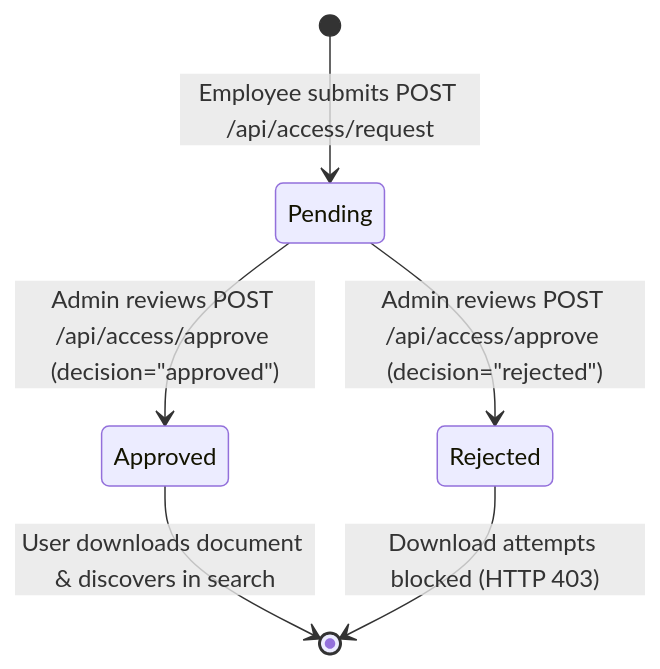
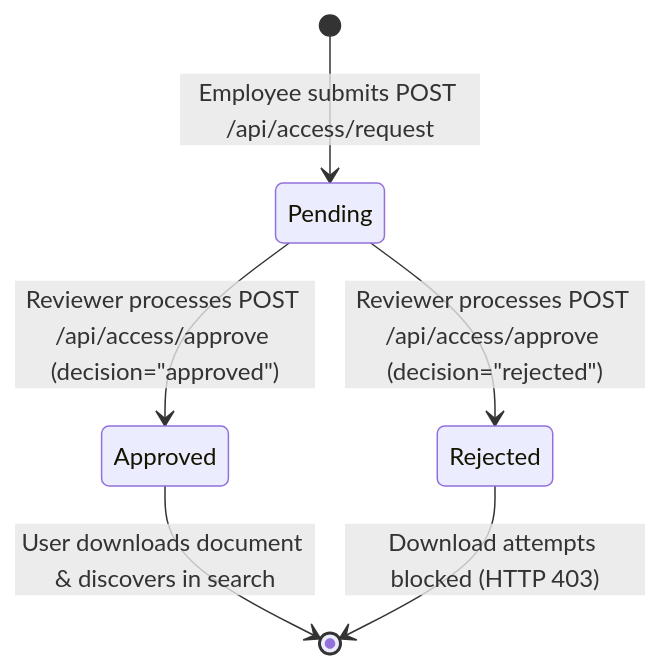
The third of 3 diagrams in README.md (NausheenPatan07/DocuSphere), drawn with Mermaid before and after one commit. The commit also changed other lines of this file and 10 other files, not shown here.

````diff
--- a/README.md
+++ b/README.md
@@ -398,8 +465,8 @@
 ```mermaid
 stateDiagram-v2
     [*] --> Pending: Employee submits POST /api/access/request
-    Pending --> Approved: Admin reviews POST /api/access/approve (decision="approved")
-    Pending --> Rejected: Admin reviews POST /api/access/approve (decision="rejected")
+    Pending --> Approved: Reviewer processes POST /api/access/approve (decision="approved")
+    Pending --> Rejected: Reviewer processes POST /api/access/approve (decision="rejected")
     Approved --> [*]: User downloads document & discovers in search
     Rejected --> [*]: Download attempts blocked (HTTP 403)
 ```
````
